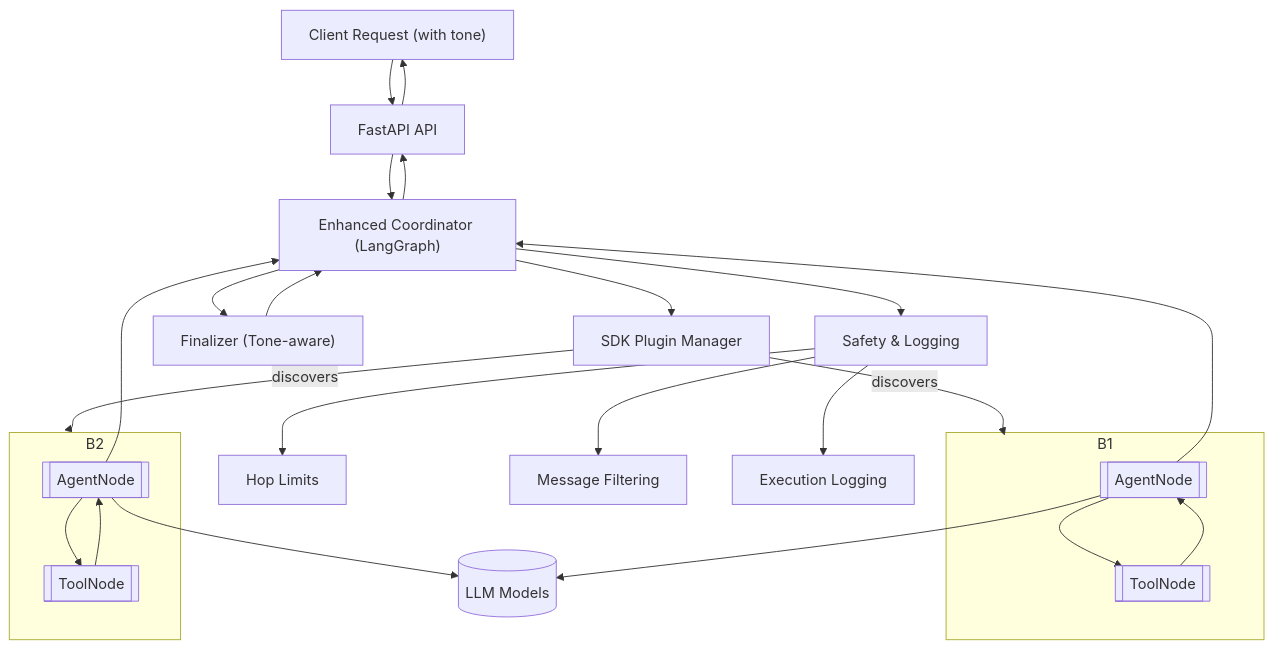
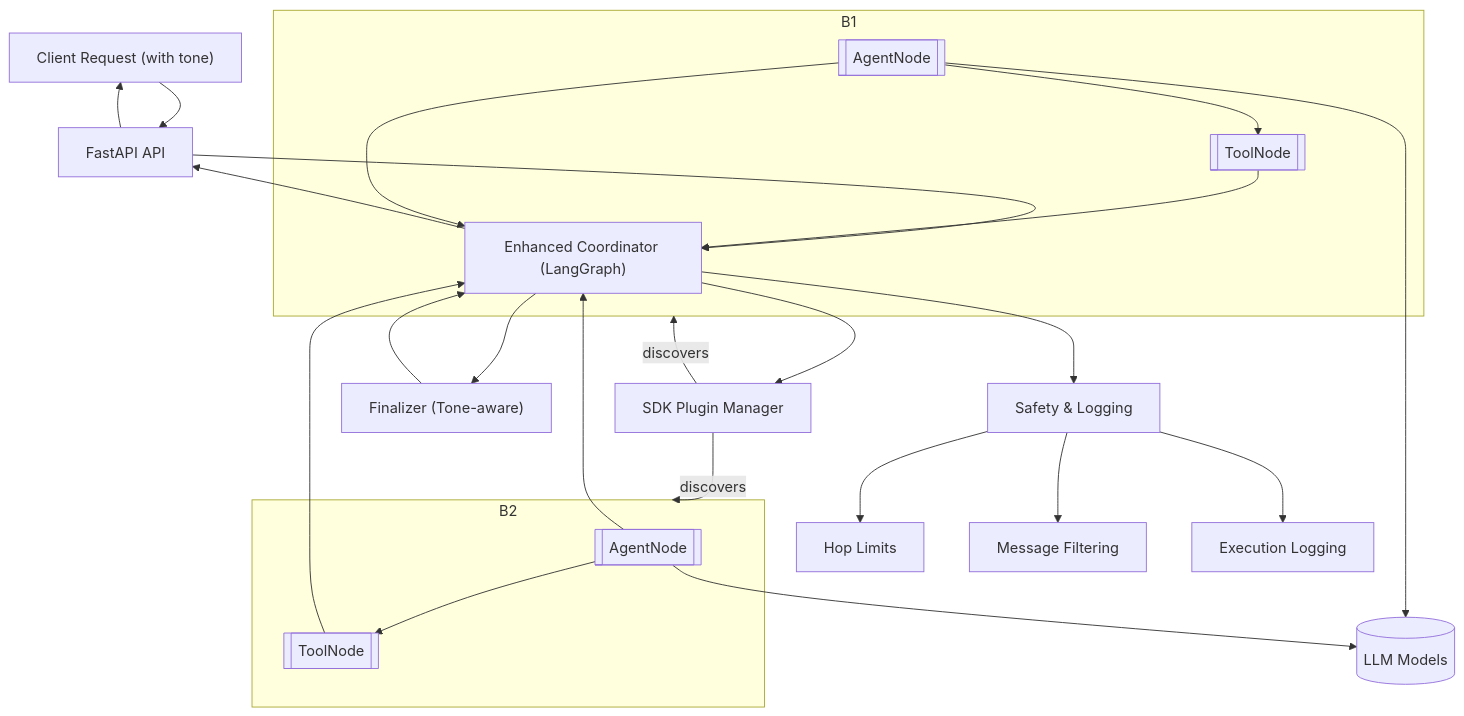
One commit to jonaskahn/cadence changed the diagram in docs/index.md. Above: the diagram before and after it, drawn with Mermaid. The commit also changed 3 other files, not shown here.

````diff
--- a/docs/index.md
+++ b/docs/index.md
@@ -63,43 +63,43 @@
 ```mermaid
 flowchart TD
     U["Client Request (with tone)"] --> API["FastAPI API"]
     API --> COORD["Enhanced Coordinator (LangGraph)"]
     COORD --> PM["SDK Plugin Manager"]
     COORD --> F["Finalizer (Tone-aware)"]
     COORD --> SAFETY["Safety & Logging"]
 
     PM -->|discovers| B1["Plugin bundle: math_agent"]
     PM -->|discovers| B2["Plugin bundle: search_agent"]
 
     subgraph B1
       A1[[AgentNode]]
       T1[[ToolNode]]
       A1 --> T1
-      T1 --> A1
+      T1 --> COORD
     end
 
     subgraph B2
       A2[[AgentNode]]
       T2[[ToolNode]]
       A2 --> T2
-      T2 --> A2
+      T2 --> COORD
     end
 
     %% Agent returns control to coordinator when not calling tools
     A1 --> COORD
     A2 --> COORD
 
     %% LLM binding used inside AgentNode execution
     A1 --> LLM[("LLM Models")]
     A2 --> LLM
 
     %% Safety mechanisms
     SAFETY --> HOP["Hop Limits"]
     SAFETY --> FILTER["Message Filtering"]
     SAFETY --> LOG["Execution Logging"]
 
     %% Finalizer handles tone-adapted responses
     F --> COORD
     COORD --> API
     API --> U
 ```
````
